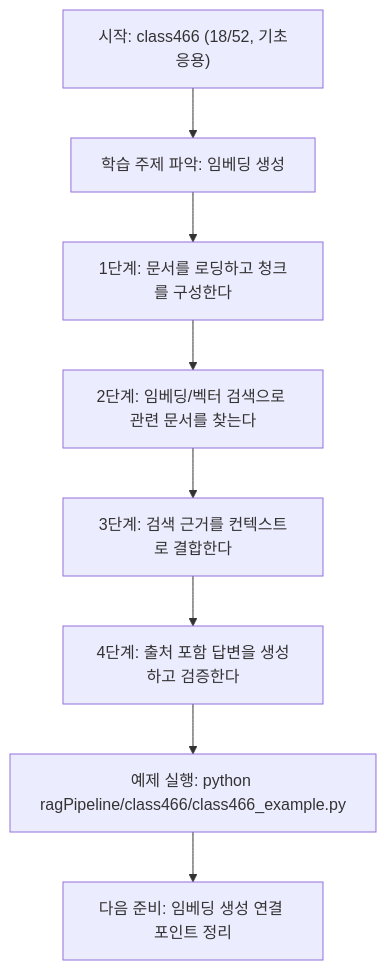
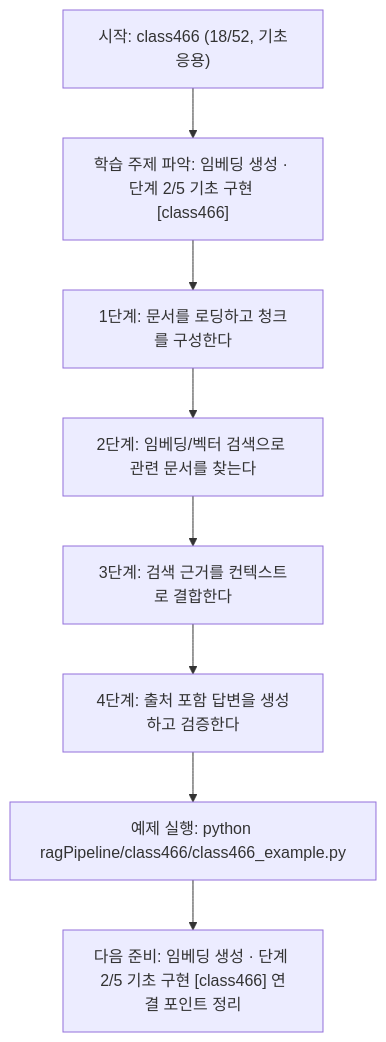
One commit to edumgt/Python-AI_Agent-Class changed the diagram in ragPipeline/class466/class466.md. Above: the diagram before and after it, drawn with Mermaid. The commit also changed other lines of this file and 522 other files, not shown here.

````diff
--- a/ragPipeline/class466/class466.md
+++ b/ragPipeline/class466/class466.md
@@ -109,18 +110,18 @@
 ```mermaid
 flowchart TD
 N1["시작: class466 (18/52, 기초응용)"]
-N2["학습 주제 파악: 임베딩 생성"]
+N2["학습 주제 파악: 임베딩 생성 · 단계 2/5 기초 구현 [class466]"]
 N3["1단계: 문서를 로딩하고 청크를 구성한다"]
 N4["2단계: 임베딩/벡터 검색으로 관련 문서를 찾는다"]
 N5["3단계: 검색 근거를 컨텍스트로 결합한다"]
 N6["4단계: 출처 포함 답변을 생성하고 검증한다"]
 N7["예제 실행: python ragPipeline/class466/class466_example.py"]
-N8["다음 준비: 임베딩 생성 연결 포인트 정리"]
+N8["다음 준비: 임베딩 생성 · 단계 2/5 기초 구현 [class466] 연결 포인트 정리"]
 N1 --> N2
 N2 --> N3
 N3 --> N4
 N4 --> N5
 N5 --> N6
 N6 --> N7
 N7 --> N8
 ```
````
